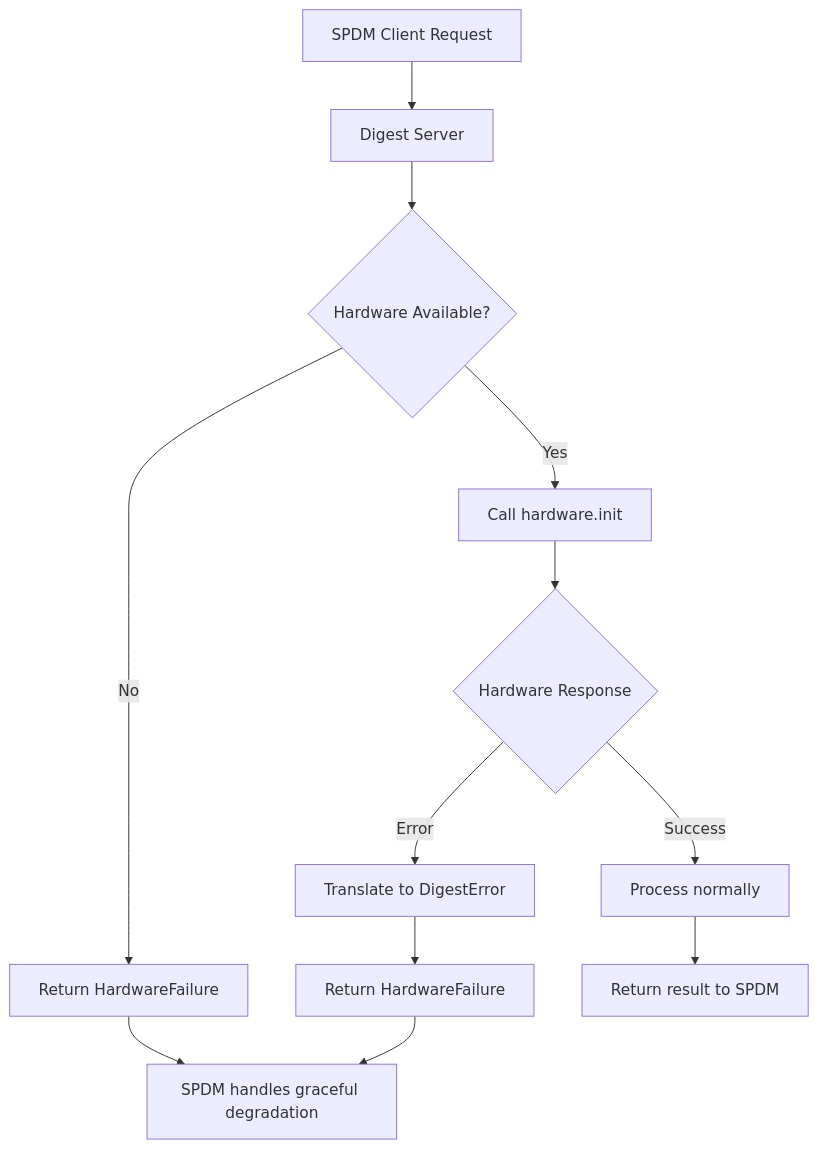
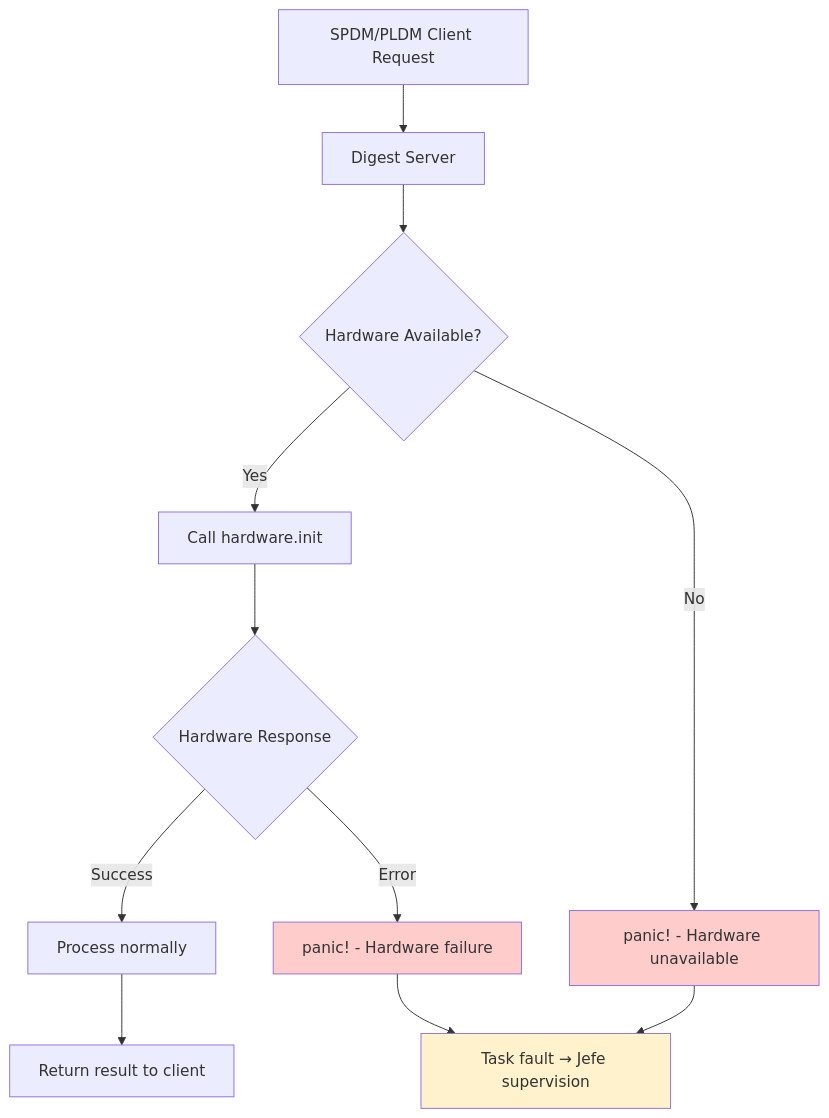
Before and after one commit to rusty1968/openprot: the fourth of 12 diagrams in docs/src/hash-driver-hubris.md, drawn with Mermaid. The commit also changed other lines of this file, not shown here.

````diff
--- a/docs/src/hash-driver-hubris.md
+++ b/docs/src/hash-driver-hubris.md
@@ -263,17 +281,20 @@
 ```mermaid
 flowchart TD
-    A[SPDM Client Request] --> B[Digest Server]
+    A[SPDM/PLDM Client Request] --> B[Digest Server]
     B --> C{Hardware Available?}
     
     C -->|Yes| D[Call hardware.init]
-    C -->|No| E[Return HardwareFailure]
+    C -->|No| E[panic! - Hardware unavailable]
     
     D --> F{Hardware Response}
     F -->|Success| G[Process normally]
-    F -->|Error| H[Translate to DigestError]
+    F -->|Error| H[panic! - Hardware failure]
     
-    H --> I[Return HardwareFailure]
-    E --> J[SPDM handles graceful degradation]
-    I --> J
-    G --> K[Return result to SPDM]
+    G --> I[Return result to client]
+    E --> J[Task fault → Jefe supervision]
+    H --> J
+    
+    style E fill:#ffcccc
+    style H fill:#ffcccc
+    style J fill:#fff2cc
 ```
````
